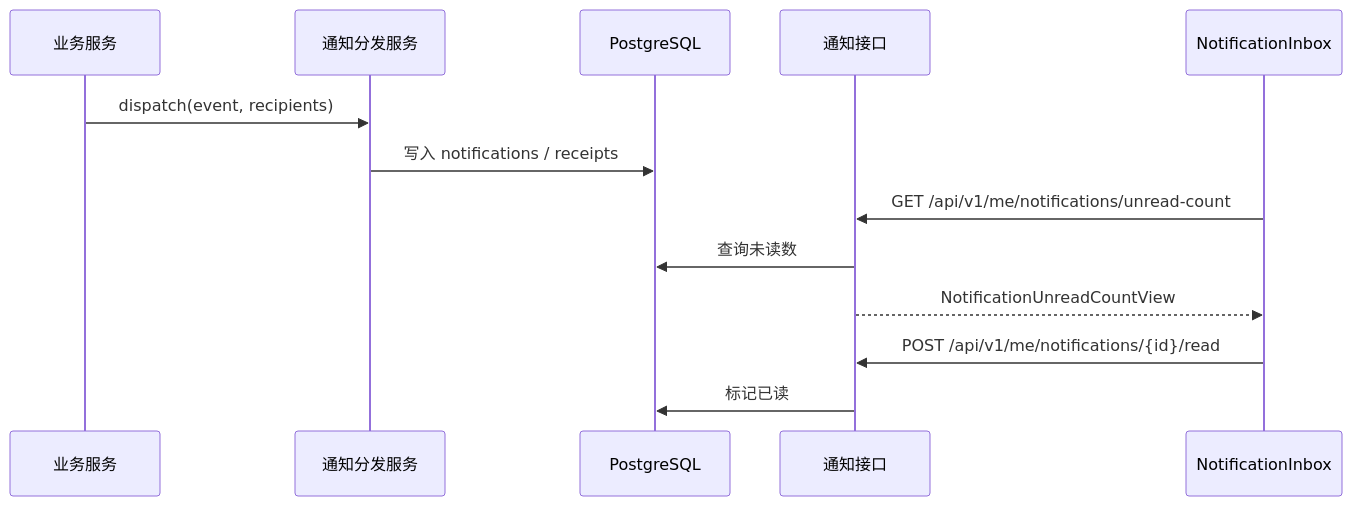
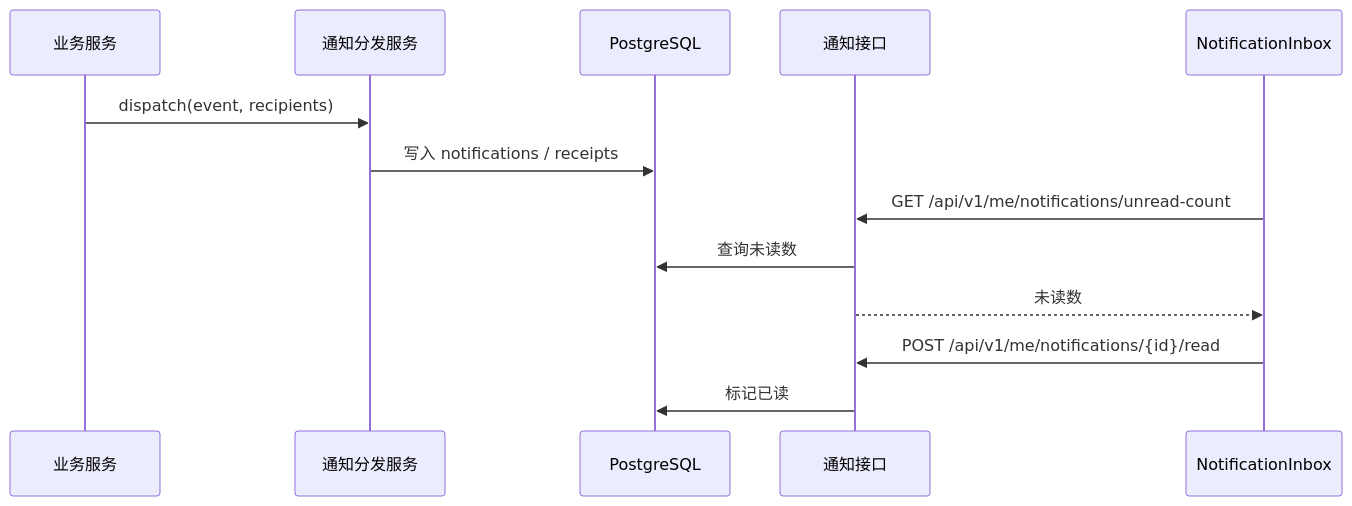
Before and after one commit to BUAA-SEProject/docs: diagram 20 of 36 in 02-process-docs/detailed-design.md, drawn with Mermaid. The commit also changed other lines of this file and 3 other files, not shown here.

````diff
--- a/02-process-docs/detailed-design.md
+++ b/02-process-docs/detailed-design.md
@@ -453,16 +453,16 @@
 ```mermaid
 sequenceDiagram
   participant Biz as 业务服务
   participant N as 通知分发服务
   participant DB as PostgreSQL
   participant API as 通知接口
   participant W as NotificationInbox
 
   Biz->>N: dispatch(event, recipients)
   N->>DB: 写入 notifications / receipts
   W->>API: GET /api/v1/me/notifications/unread-count
   API->>DB: 查询未读数
-  API-->>W: NotificationUnreadCountView
+  API-->>W: 未读数
   W->>API: POST /api/v1/me/notifications/{id}/read
   API->>DB: 标记已读
 ```
````
